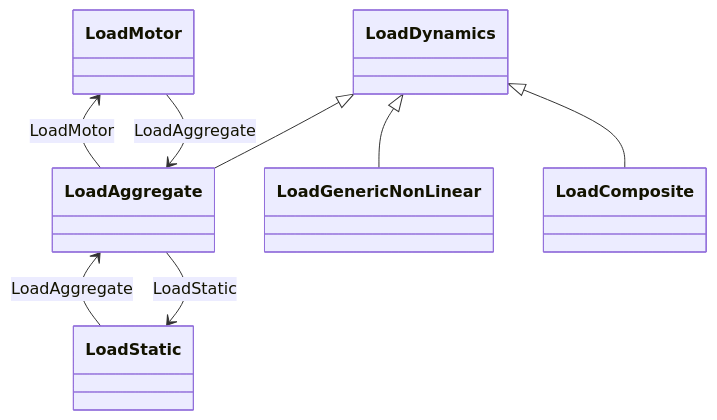
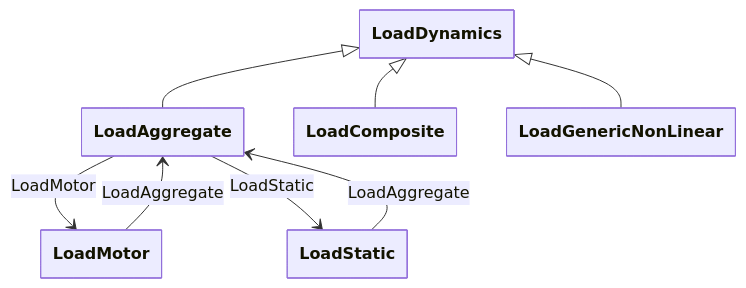
The diagram in pages/docs/Profiles/Package_LoadDynamics.md (cim-cgmes/cim-cgmes.github.io), drawn with Mermaid before and after one commit. The commit also changed 561 other files, not shown here.

````diff
--- a/pages/docs/Profiles/Package_LoadDynamics.md
+++ b/pages/docs/Profiles/Package_LoadDynamics.md
@@ -5,10 +5,15 @@
 ```mermaid
+---
+  config:
+    class:
+      hideEmptyMembersBox: true
+---
 classDiagram
-    LoadMotor --> LoadAggregate : LoadAggregate
-    LoadDynamics <|-- LoadComposite
-    LoadDynamics <|-- LoadGenericNonLinear
     LoadDynamics <|-- LoadAggregate
     LoadAggregate --> LoadMotor : LoadMotor
     LoadAggregate --> LoadStatic : LoadStatic
+    LoadDynamics <|-- LoadComposite
     LoadStatic --> LoadAggregate : LoadAggregate
+    LoadDynamics <|-- LoadGenericNonLinear
+    LoadMotor --> LoadAggregate : LoadAggregate
 ```
````
